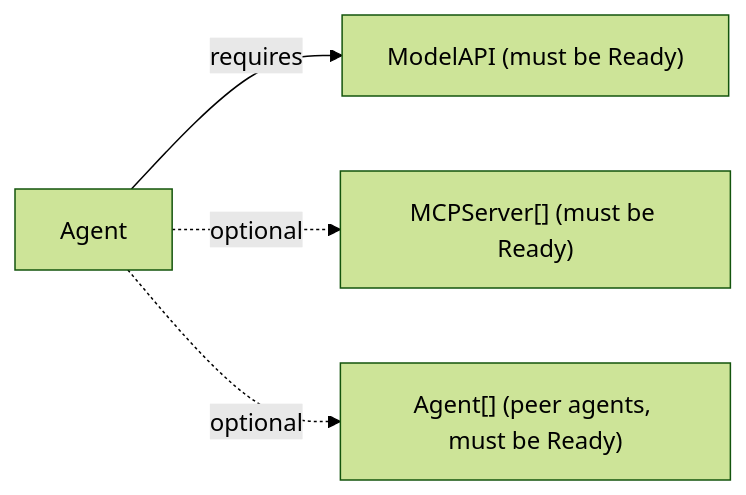
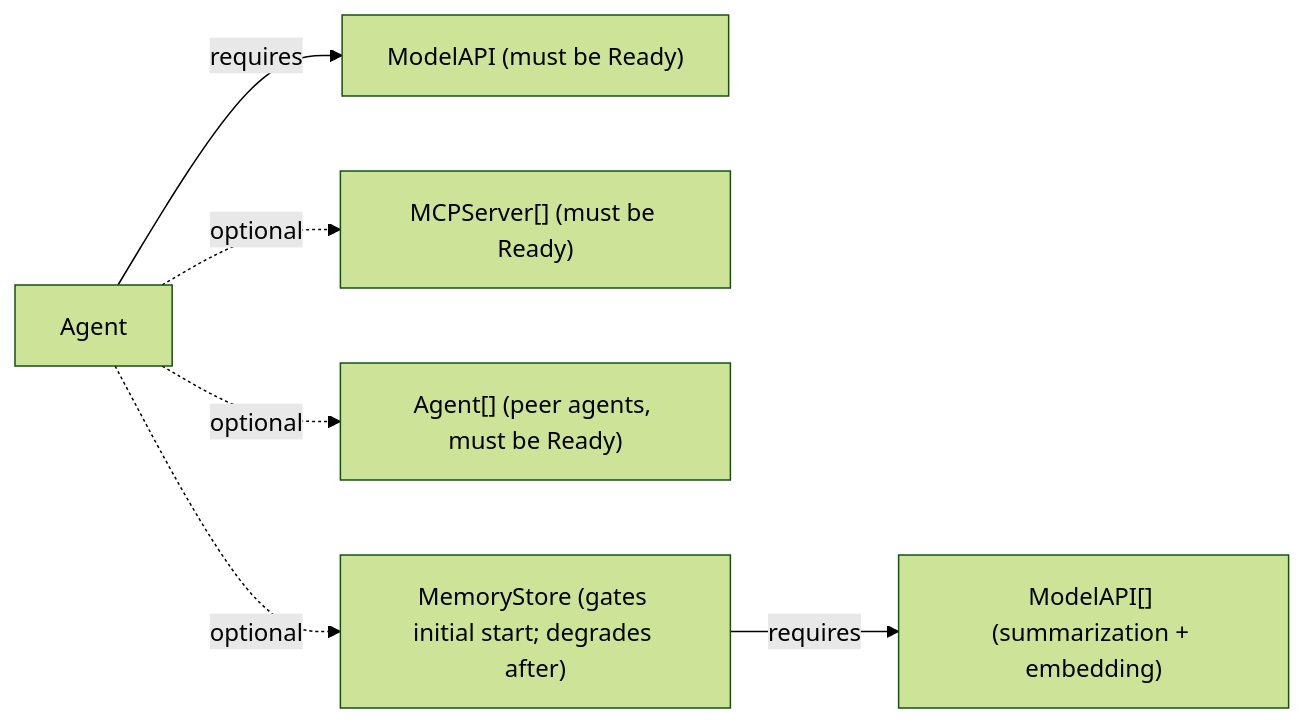
The second of 2 diagrams in docs/operator/overview.md (axsaucedo/kaos), drawn with Mermaid (forest theme) before and after one commit. The commit also changed other lines of this file and 5 other files, not shown here.

First line of the commit message:
docs(memory): add memory architecture page and align cross-cutting docs

````diff
--- a/docs/operator/overview.md
+++ b/docs/operator/overview.md
@@ -107,6 +131,8 @@
 ```mermaid
 flowchart LR
     Agent -->|requires| ModelAPI["ModelAPI (must be Ready)"]
     Agent -.->|optional| MCPServers["MCPServer[] (must be Ready)"]
     Agent -.->|optional| Peers["Agent[] (peer agents, must be Ready)"]
+    Agent -.->|optional| MemoryStore["MemoryStore (gates initial start; degrades after)"]
+    MemoryStore -->|requires| MemModels["ModelAPI[] (summarization + embedding)"]
 ```
````
